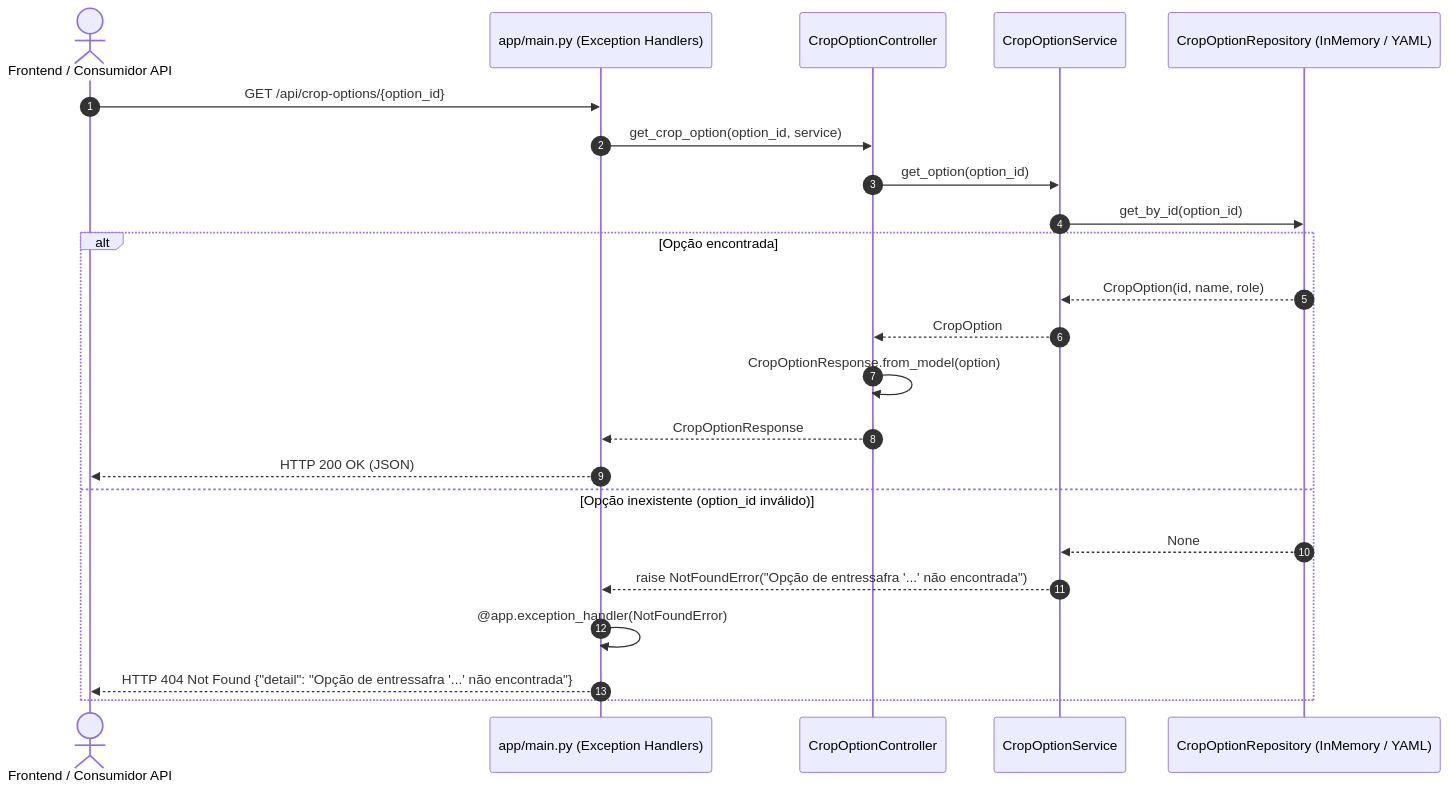
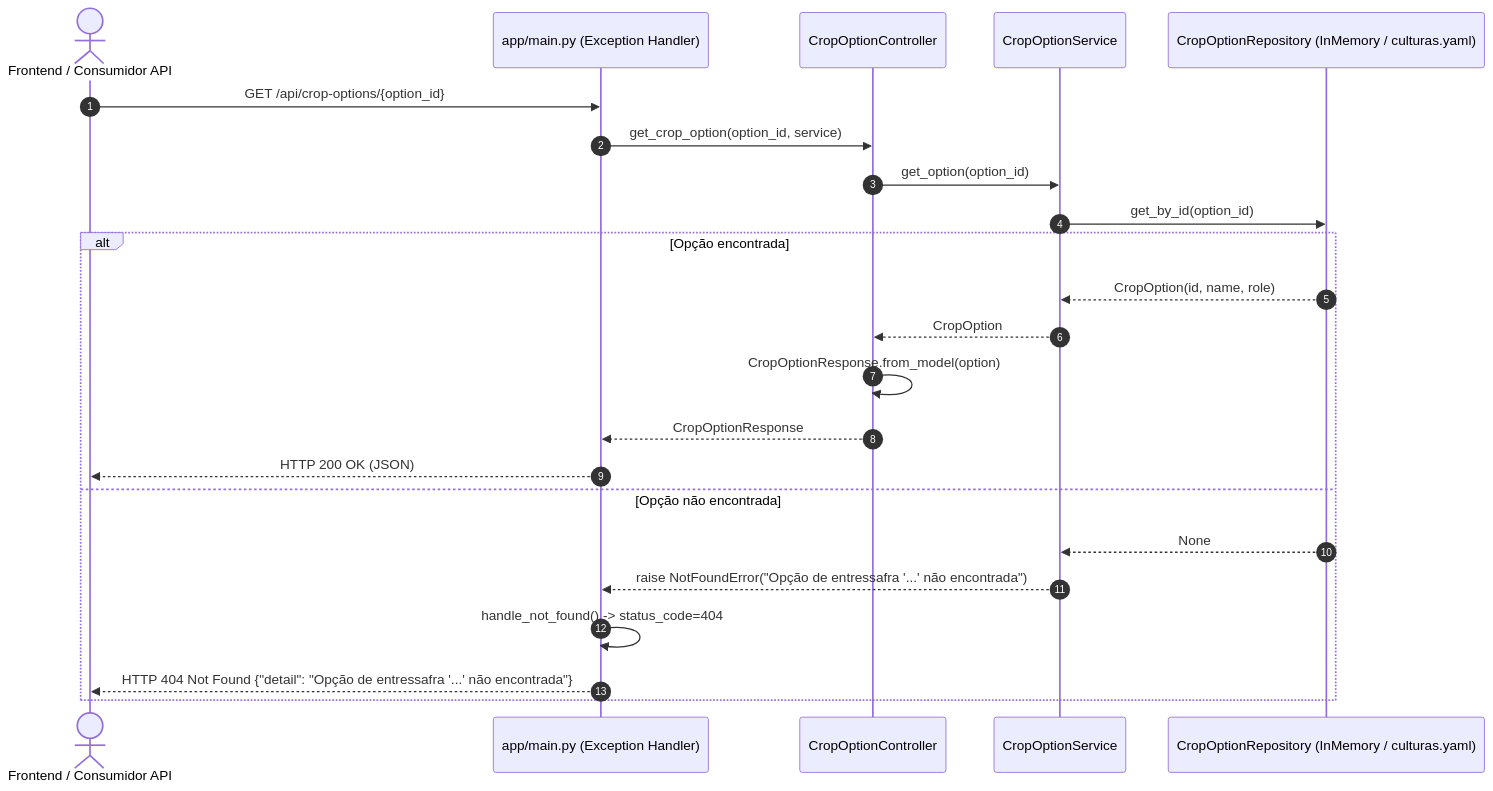
The sixth of 6 diagrams in projeto/backend/docs/diagrama-de-sequencias.md (Ricardo07g/nasa-challenge), drawn with Mermaid before and after one commit. The commit also changed other lines of this file and 2 other files, not shown here.

````diff
--- a/projeto/backend/docs/diagrama-de-sequencias.md
+++ b/projeto/backend/docs/diagrama-de-sequencias.md
@@ -269,27 +259,27 @@
 ```mermaid
 sequenceDiagram
     autonumber
     actor Cliente as Frontend / Consumidor API
-    participant Main as app/main.py (Exception Handlers)
+    participant Main as app/main.py (Exception Handler)
     participant Ctrl as CropOptionController
     participant Svc as CropOptionService
-    participant Repo as CropOptionRepository (InMemory / YAML)
+    participant Repo as CropOptionRepository (InMemory / culturas.yaml)
 
     Cliente->>Main: GET /api/crop-options/{option_id}
     Main->>Ctrl: get_crop_option(option_id, service)
     Ctrl->>Svc: get_option(option_id)
     Svc->>Repo: get_by_id(option_id)
 
     alt Opção encontrada
         Repo-->>Svc: CropOption(id, name, role)
         Svc-->>Ctrl: CropOption
         Ctrl->>Ctrl: CropOptionResponse.from_model(option)
         Ctrl-->>Main: CropOptionResponse
         Main-->>Cliente: HTTP 200 OK (JSON)
-    else Opção inexistente (option_id inválido)
+    else Opção não encontrada
         Repo-->>Svc: None
         Svc-->>Main: raise NotFoundError("Opção de entressafra '...' não encontrada")
-        Main->>Main: @app.exception_handler(NotFoundError)
+        Main->>Main: handle_not_found() -> status_code=404
         Main-->>Cliente: HTTP 404 Not Found {"detail": "Opção de entressafra '...' não encontrada"}
     end
 ```
````
